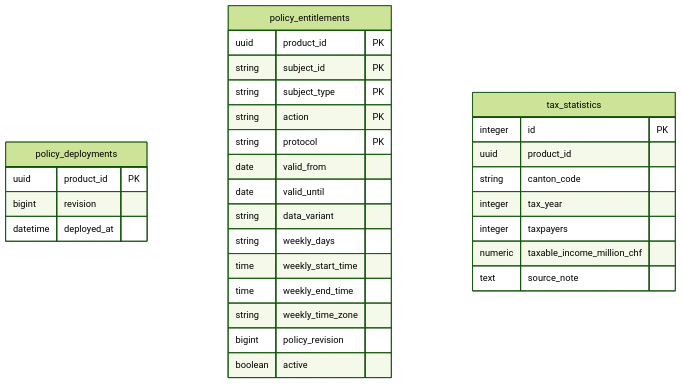
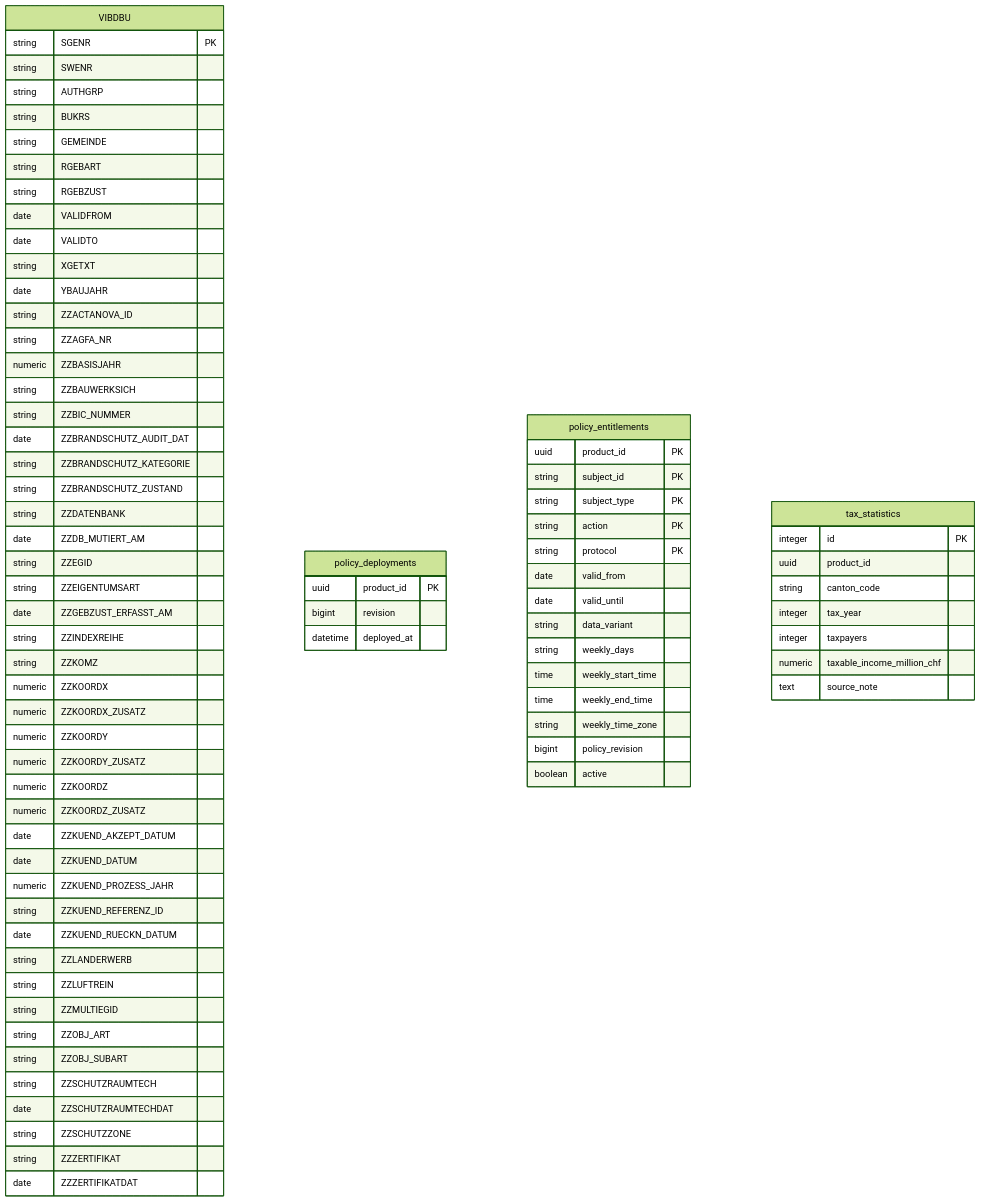
Before and after one commit to svabra/tib-daca-poc: the diagram in docs/data-model/sample-data-product.md, drawn with Mermaid (forest theme). The commit also changed other lines of this file and 99 other files, not shown here.

Commit message:
feat(modeling): release physical-first data source flow

````diff
--- a/docs/data-model/sample-data-product.md
+++ b/docs/data-model/sample-data-product.md
@@ -36,33 +36,82 @@
 ```mermaid
 erDiagram
+    VIBDBU {
+        string SGENR PK
+        string SWENR
+        string AUTHGRP
+        string BUKRS
+        string GEMEINDE
+        string RGEBART
+        string RGEBZUST
+        date VALIDFROM
+        date VALIDTO
+        string XGETXT
+        date YBAUJAHR
+        string ZZACTANOVA_ID
+        string ZZAGFA_NR
+        numeric ZZBASISJAHR
+        string ZZBAUWERKSICH
+        string ZZBIC_NUMMER
+        date ZZBRANDSCHUTZ_AUDIT_DAT
+        string ZZBRANDSCHUTZ_KATEGORIE
+        string ZZBRANDSCHUTZ_ZUSTAND
+        string ZZDATENBANK
+        date ZZDB_MUTIERT_AM
+        string ZZEGID
+        string ZZEIGENTUMSART
+        date ZZGEBZUST_ERFASST_AM
+        string ZZINDEXREIHE
+        string ZZKOMZ
+        numeric ZZKOORDX
+        numeric ZZKOORDX_ZUSATZ
+        numeric ZZKOORDY
+        numeric ZZKOORDY_ZUSATZ
+        numeric ZZKOORDZ
+        numeric ZZKOORDZ_ZUSATZ
+        date ZZKUEND_AKZEPT_DATUM
+        date ZZKUEND_DATUM
+        numeric ZZKUEND_PROZESS_JAHR
+        string ZZKUEND_REFERENZ_ID
+        date ZZKUEND_RUECKN_DATUM
+        string ZZLANDERWERB
+        string ZZLUFTREIN
+        string ZZMULTIEGID
+        string ZZOBJ_ART
+        string ZZOBJ_SUBART
+        string ZZSCHUTZRAUMTECH
+        date ZZSCHUTZRAUMTECHDAT
+        string ZZSCHUTZZONE
+        string ZZZERTIFIKAT
+        date ZZZERTIFIKATDAT
+    }
     policy_deployments {
         uuid product_id PK
         bigint revision
         datetime deployed_at
     }
     policy_entitlements {
         uuid product_id PK
         string subject_id PK
         string subject_type PK
         string action PK
         string protocol PK
         date valid_from
         date valid_until
         string data_variant
         string weekly_days
         time weekly_start_time
         time weekly_end_time
         string weekly_time_zone
         bigint policy_revision
         boolean active
     }
     tax_statistics {
         integer id PK
         uuid product_id
         string canton_code
         integer tax_year
         integer taxpayers
         numeric taxable_income_million_chf
         text source_note
     }
 ```
````
